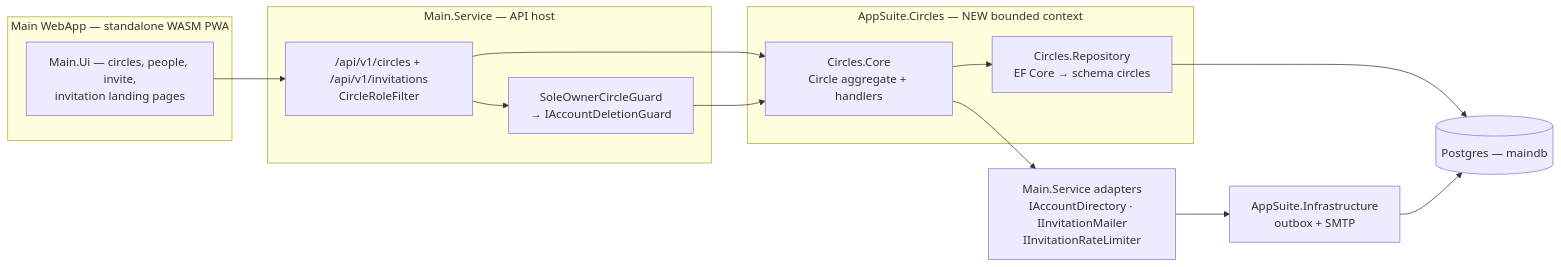
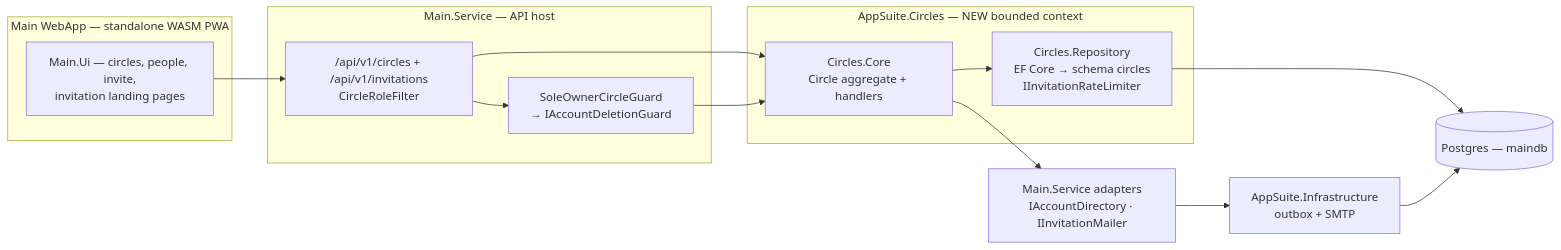
One commit to CircleTools-ch/circletools-suite changed the diagram in docs/features/FEAT-003-m2-circles.md. Above: the diagram before and after it, drawn with Mermaid. The commit also changed other lines of this file and 42 other files, not shown here.

First line of the commit message:
Add Circles EF Core repository, rate limiter, and tests

````diff
--- a/docs/features/FEAT-003-m2-circles.md
+++ b/docs/features/FEAT-003-m2-circles.md
@@ -82,21 +82,21 @@
 ```mermaid
 flowchart LR
     subgraph Client["Main WebApp — standalone WASM PWA"]
       Pages[Main.Ui — circles, people, invite,\ninvitation landing pages]
     end
     subgraph Server["Main.Service — API host"]
       Ep["/api/v1/circles + /api/v1/invitations\nCircleRoleFilter"]
       Guard[SoleOwnerCircleGuard\n→ IAccountDeletionGuard]
     end
     subgraph Ctx["AppSuite.Circles — NEW bounded context"]
       Core[Circles.Core\nCircle aggregate + handlers]
-      Repo[Circles.Repository\nEF Core → schema circles]
+      Repo[Circles.Repository\nEF Core → schema circles\nIInvitationRateLimiter]
     end
-    Adapters[Main.Service adapters\nIAccountDirectory · IInvitationMailer\nIInvitationRateLimiter]
+    Adapters[Main.Service adapters\nIAccountDirectory · IInvitationMailer]
     Infra[AppSuite.Infrastructure\noutbox + SMTP]
     Db[(Postgres — maindb)]
 
     Pages --> Ep --> Core --> Repo --> Db
     Ep --> Guard --> Core
     Core --> Adapters --> Infra --> Db
 ```
````
